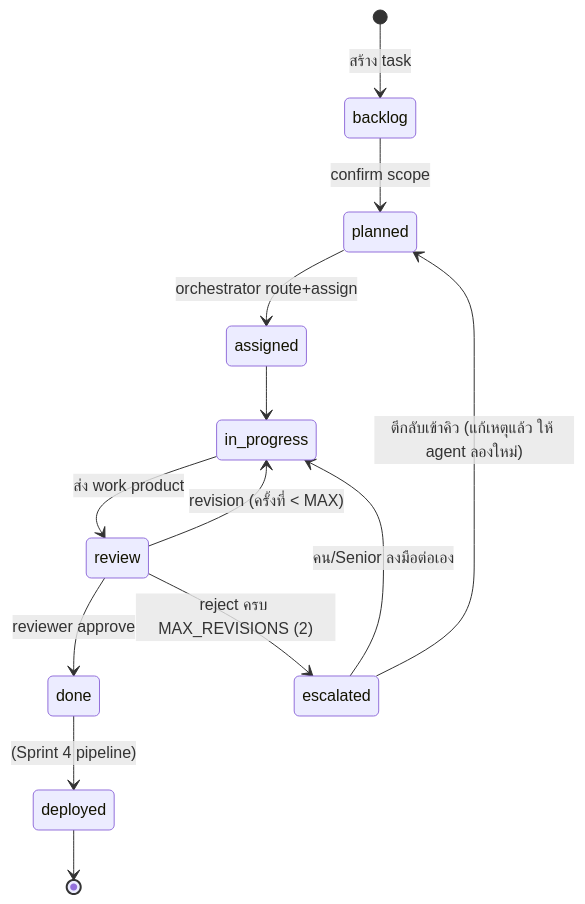
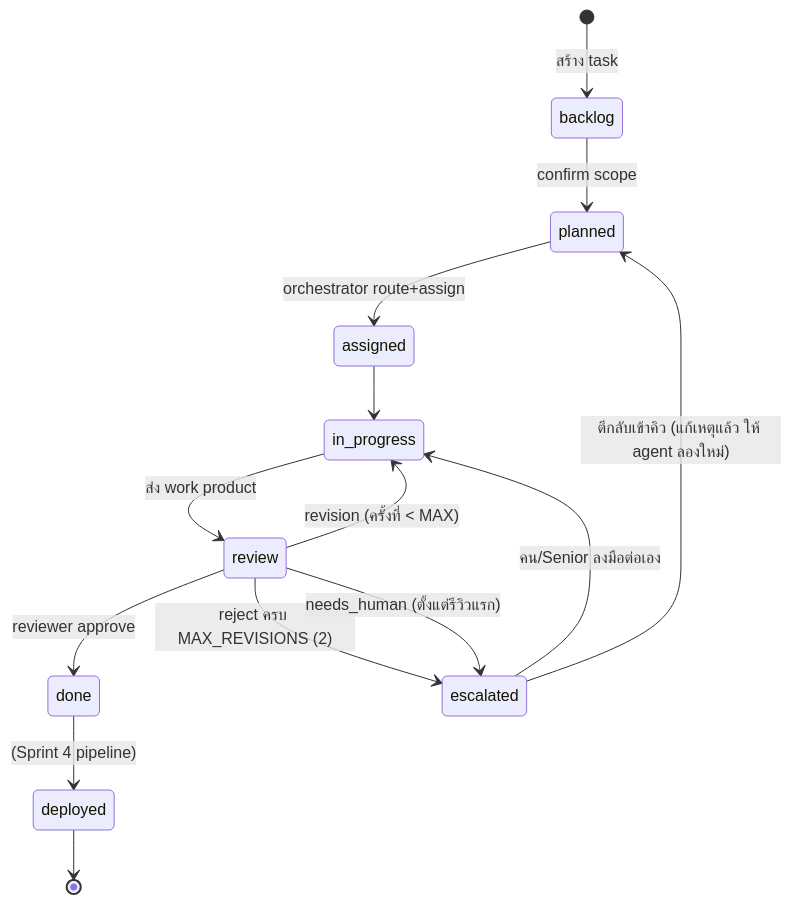
The diagram in docs/SYSTEM_DOCUMENTATION.md (ohho2518/d_DEP-PM_Platform), drawn with Mermaid before and after one commit. The commit also changed other lines of this file and 8 other files, not shown here.

````diff
--- a/docs/SYSTEM_DOCUMENTATION.md
+++ b/docs/SYSTEM_DOCUMENTATION.md
@@ -195,15 +196,16 @@
 ```mermaid
 stateDiagram-v2
     [*] --> backlog: สร้าง task
     backlog --> planned: confirm scope
     planned --> assigned: orchestrator route+assign
     assigned --> in_progress
     in_progress --> review: ส่ง work product
     review --> done: reviewer approve
     review --> in_progress: revision (ครั้งที่ < MAX)
     review --> escalated: reject ครบ MAX_REVISIONS (2)
+    review --> escalated: needs_human (ตั้งแต่รีวิวแรก)
     escalated --> in_progress: คน/Senior ลงมือต่อเอง
     escalated --> planned: ตีกลับเข้าคิว (แก้เหตุแล้ว ให้ agent ลองใหม่)
     done --> deployed: (Sprint 4 pipeline)
     deployed --> [*]
 ```
````
